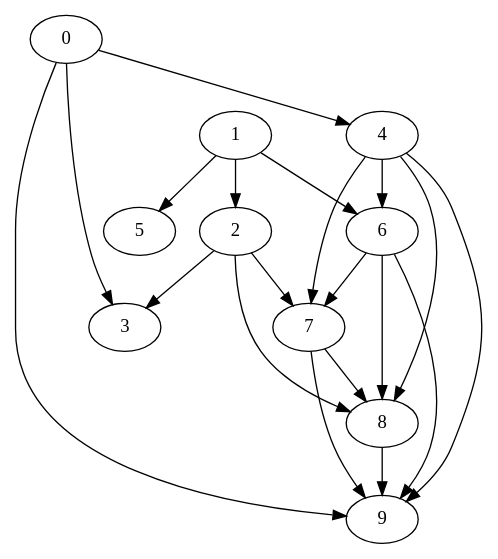
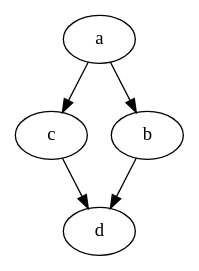
One commit to mohan-cao/revilo changed the diagram in input.dot. Above: the diagram before and after it, drawn with Graphviz. The commit also changed 4 other files, not shown here.

```diff
--- a/input.dot
+++ b/input.dot
@@ -1,38 +1,10 @@
-digraph "Random_Nodes_10_Density_1.90_CCR_10.00_WeightType_Random" {
-	graph [CCR=10.0,
-		Density=1.9,
-		"No of edges"=19,
-		"No of nodes"=10,
-		"Node concurrency"=-1,
-		"Total sequential time"=63
-	];
-	0	 [Weight=6];
-	3	 [Weight=10];
-	0 -> 3	 [Weight=34];
-	4	 [Weight=3];
-	0 -> 4	 [Weight=24];
-	9	 [Weight=8];
-	0 -> 9	 [Weight=44];
-	1	 [Weight=5];
-	2	 [Weight=5];
-	1 -> 2	 [Weight=48];
-	5	 [Weight=7];
-	1 -> 5	 [Weight=19];
-	6	 [Weight=8];
-	1 -> 6	 [Weight=39];
-	2 -> 3	 [Weight=10];
-	7	 [Weight=3];
-	2 -> 7	 [Weight=48];
-	8	 [Weight=8];
-	2 -> 8	 [Weight=48];
-	4 -> 6	 [Weight=10];
-	4 -> 7	 [Weight=48];
-	4 -> 8	 [Weight=48];
-	4 -> 9	 [Weight=39];
-	6 -> 7	 [Weight=15];
-	6 -> 8	 [Weight=39];
-	6 -> 9	 [Weight=29];
-	7 -> 8	 [Weight=15];
-	7 -> 9	 [Weight=34];
-	8 -> 9	 [Weight=39];
+digraph "mydiamond" {
+	d   [Weight=4];
+    a   [Weight=2];
+	c   [Weight=1];
+	b   [Weight=3];
+	a -> c  [Weight=5];
+    a -> b  [Weight=3];
+    b -> d  [Weight=2];
+    c -> d  [Weight=1];
 }
```
